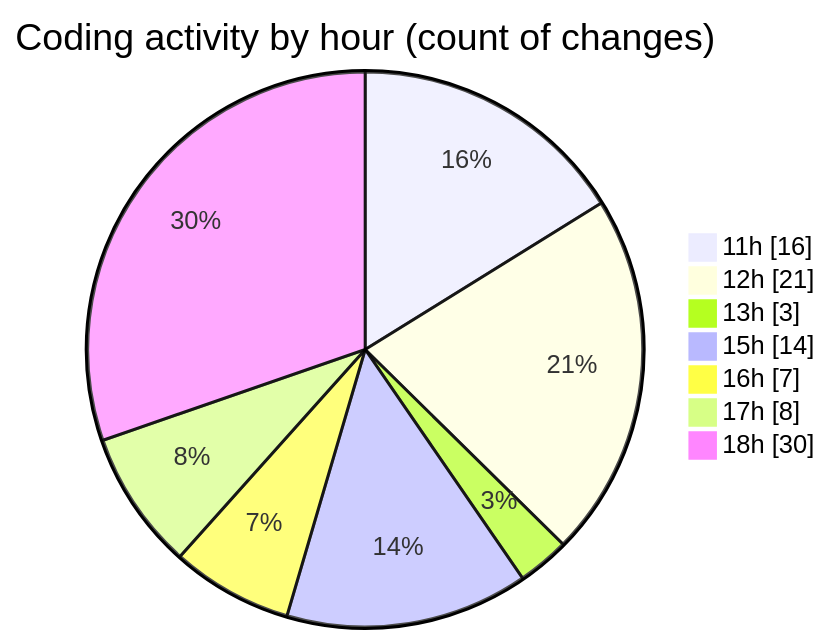
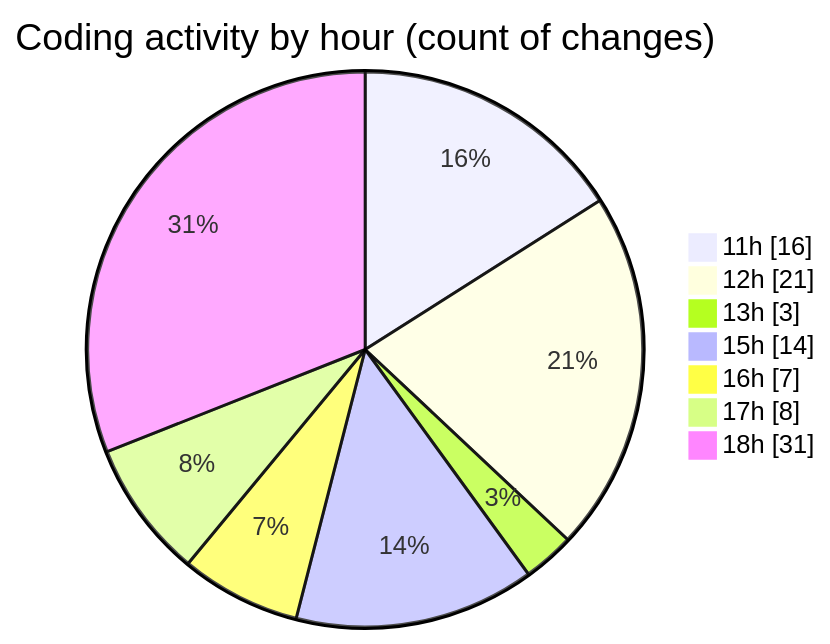
One commit to nxtqubesakshisongat/code-tracking changed the second of 2 diagrams in 2025-09-30/nxtqube_webapp/README.md. Above: the diagram before and after it, drawn with Mermaid. The commit also changed other lines of this file and 1 other file, not shown here.

````diff
--- a/2025-09-30/nxtqube_webapp/README.md
+++ b/2025-09-30/nxtqube_webapp/README.md
@@ -34,11 +34,11 @@
 ```mermaid
 pie showData
 title Coding activity by hour (count of changes)
 "11h" : 16
 "12h" : 21
 "13h" : 3
 "15h" : 14
 "16h" : 7
 "17h" : 8
-"18h" : 30
+"18h" : 31
 ```
````
